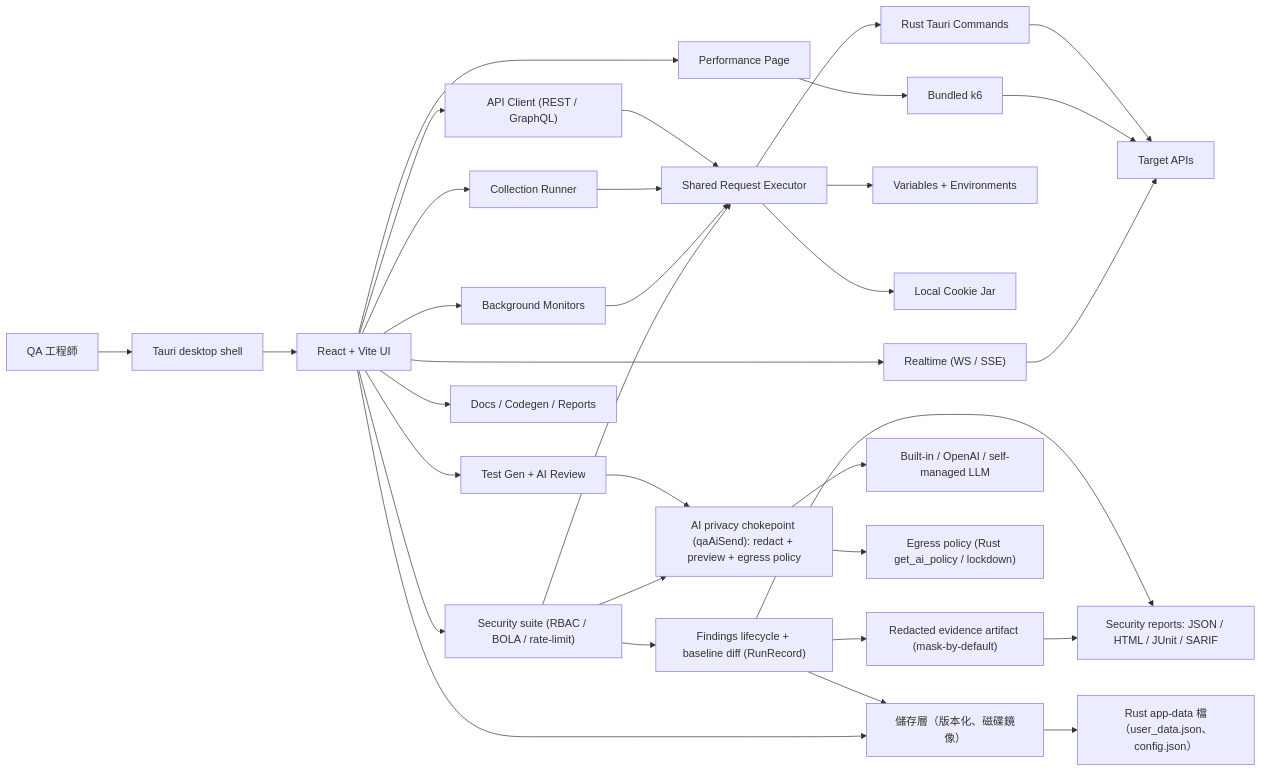
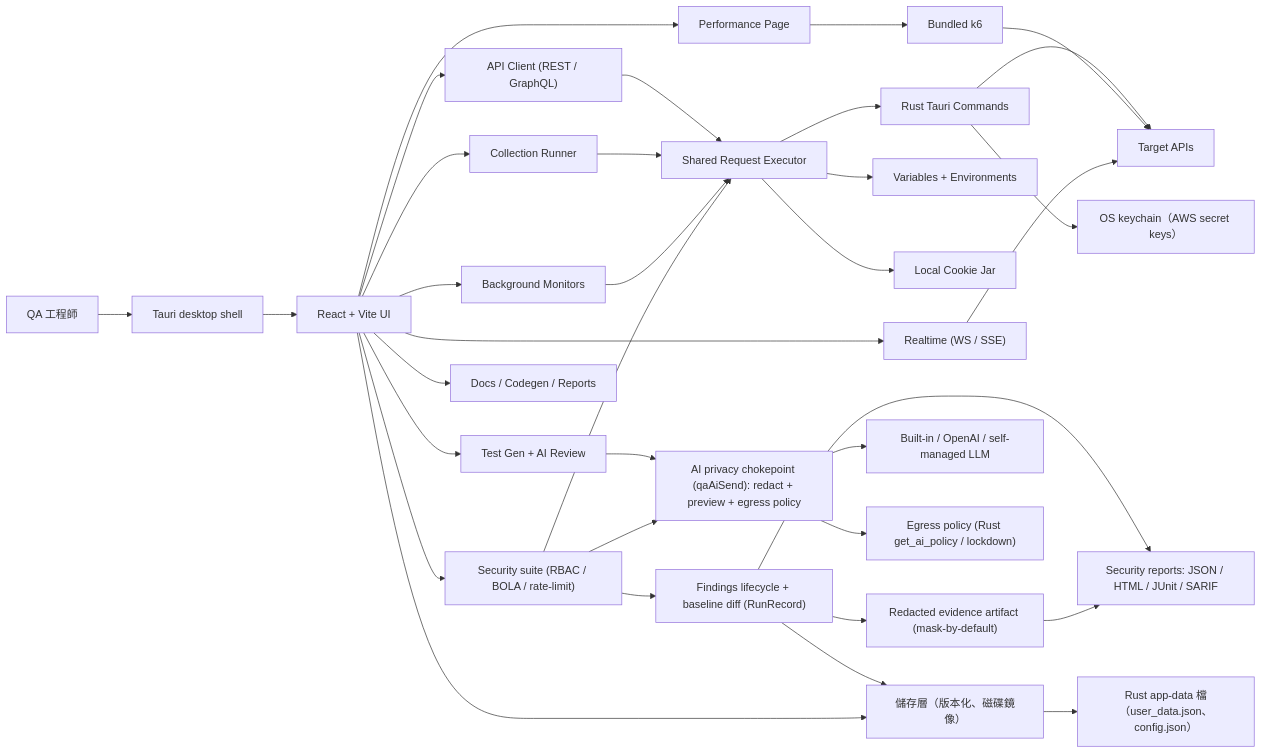
Before and after one commit to asdfghj1237890/qa-touchstone: the diagram in README.zh-TW.md, drawn with Mermaid. The commit also changed other lines of this file and 4 other files, not shown here.

````diff
--- a/README.zh-TW.md
+++ b/README.zh-TW.md
@@ -111,41 +122,42 @@
 ```mermaid
 flowchart LR
   User["QA 工程師"] --> Shell["Tauri desktop shell"]
   Shell --> UI["React + Vite UI"]
 
   UI --> Client["API Client (REST / GraphQL)"]
   UI --> Runner["Collection Runner"]
   UI --> Security["Security suite (RBAC / BOLA / rate-limit)"]
   UI --> Monitors["Background Monitors"]
   UI --> Perf["Performance Page"]
   UI --> AI["Test Gen + AI Review"]
   UI --> Realtime["Realtime (WS / SSE)"]
   UI --> Docs["Docs / Codegen / Reports"]
 
   Client --> Executor["Shared Request Executor"]
   Runner --> Executor
   Monitors --> Executor
   Security --> Executor
 
   Security --> Findings["Findings lifecycle + baseline diff (RunRecord)"]
   Findings --> Evidence["Redacted evidence artifact (mask-by-default)"]
   Findings --> Reports["Security reports: JSON / HTML / JUnit / SARIF"]
   Evidence --> Reports
 
   Executor --> Vars["Variables + Environments"]
   Executor --> Cookies["Local Cookie Jar"]
   Executor --> Rust["Rust Tauri Commands"]
   Rust --> APIs["Target APIs"]
+  Rust --> Keychain["OS keychain（AWS secret keys）"]
 
   Perf --> K6["Bundled k6"]
   K6 --> APIs
   Realtime --> APIs
 
   AI --> AIGate["AI privacy chokepoint (qaAiSend): redact + preview + egress policy"]
   Security --> AIGate
   AIGate --> LLM["Built-in / OpenAI / self-managed LLM"]
   AIGate --> AIPolicy["Egress policy (Rust get_ai_policy / lockdown)"]
   Findings --> Storage["儲存層（版本化、磁碟鏡像）"]
   Storage --> Disk["Rust app-data 檔（user_data.json、config.json）"]
   UI --> Storage
 ```
````
